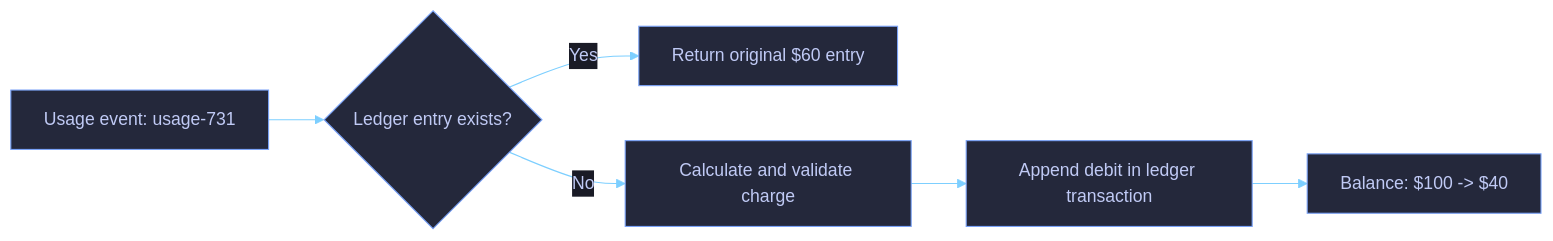
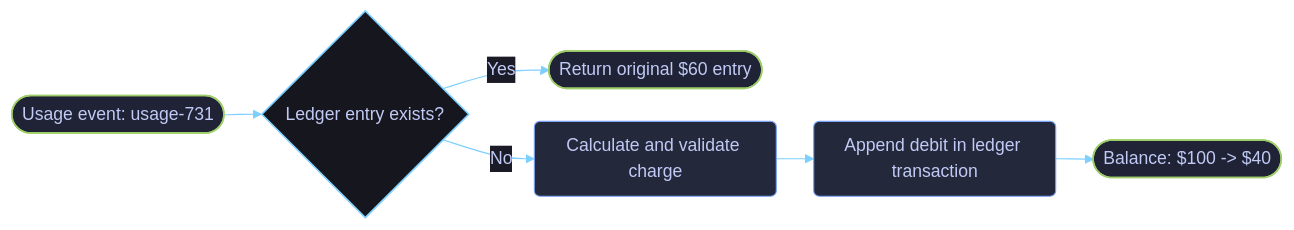
The second of 2 diagrams in docs/skill-workflows/pr-descriptions.md (dvo-dev/copilot-guidance), drawn with Mermaid before and after one commit. The commit also changed other lines of this file and 10 other files, not shown here.

Commit message:
Polish workflow diagrams and stable links

````diff
--- a/docs/skill-workflows/pr-descriptions.md
+++ b/docs/skill-workflows/pr-descriptions.md
@@ -52,9 +61,16 @@
 ```mermaid
-%%{init: {"theme":"base","themeVariables":{"background":"#1a1b26","primaryColor":"#24283b","primaryTextColor":"#c0caf5","primaryBorderColor":"#7aa2f7","secondaryColor":"#1f2335","secondaryTextColor":"#c0caf5","secondaryBorderColor":"#bb9af7","tertiaryColor":"#16161e","tertiaryTextColor":"#c0caf5","tertiaryBorderColor":"#7dcfff","lineColor":"#7dcfff","textColor":"#c0caf5","mainBkg":"#24283b","nodeBorder":"#7aa2f7","clusterBkg":"#16161e","clusterBorder":"#565f89","defaultLinkColor":"#7dcfff","edgeLabelBackground":"#1a1b26","titleColor":"#bb9af7","fontFamily":"ui-monospace, SFMono-Regular, Menlo, Monaco, Consolas, Liberation Mono, monospace"},"flowchart":{"curve":"basis","htmlLabels":true}}}%%
+%%{init: {"theme":"base","themeVariables":{"background":"#1a1b26","primaryColor":"#24283b","primaryTextColor":"#c0caf5","primaryBorderColor":"#7aa2f7","secondaryColor":"#1f2335","secondaryTextColor":"#c0caf5","secondaryBorderColor":"#bb9af7","tertiaryColor":"#16161e","tertiaryTextColor":"#c0caf5","tertiaryBorderColor":"#7dcfff","lineColor":"#7dcfff","textColor":"#c0caf5","mainBkg":"#24283b","nodeBorder":"#7aa2f7","clusterBkg":"#16161e","clusterBorder":"#565f89","defaultLinkColor":"#7dcfff","edgeLabelBackground":"#1a1b26","titleColor":"#bb9af7","fontFamily":"ui-monospace, SFMono-Regular, Menlo, Monaco, Consolas, Liberation Mono, monospace"},"flowchart":{"curve":"basis","htmlLabels":true,"nodeSpacing":30,"rankSpacing":34,"padding":10}}}%%
 flowchart LR
-    EVENT["Usage event: usage-731"] --> FOUND{"Ledger entry exists?"}
-    FOUND -->|Yes| RETURN["Return original $60 entry"]
-    FOUND -->|No| VALIDATE["Calculate and validate charge"]
-    VALIDATE --> POST["Append debit in ledger transaction"]
-    POST --> BALANCE["Balance: $100 -> $40"]
+    EVENT(["Usage event: usage-731"]) --> FOUND{"Ledger entry exists?"}
+    FOUND -->|Yes| RETURN(["Return original $60 entry"])
+    FOUND -->|No| VALIDATE("Calculate and validate charge")
+    VALIDATE --> POST("Append debit in ledger transaction")
+    POST --> BALANCE(["Balance: $100 -> $40"])
+
+    classDef stage fill:#24283b,stroke:#7aa2f7,stroke-width:1px,color:#c0caf5;
+    classDef outcome fill:#1f2335,stroke:#9ece6a,stroke-width:1.5px,color:#c0caf5;
+    classDef decision fill:#16161e,stroke:#7dcfff,stroke-width:1.5px,color:#c0caf5;
+    class VALIDATE,POST stage;
+    class EVENT,RETURN,BALANCE outcome;
+    class FOUND decision;
 ```
````
